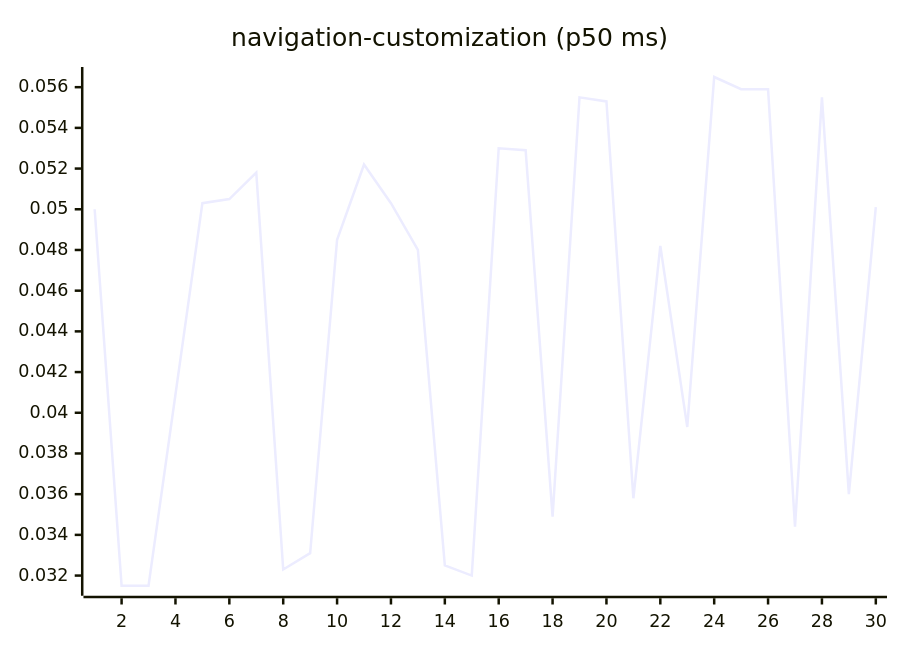
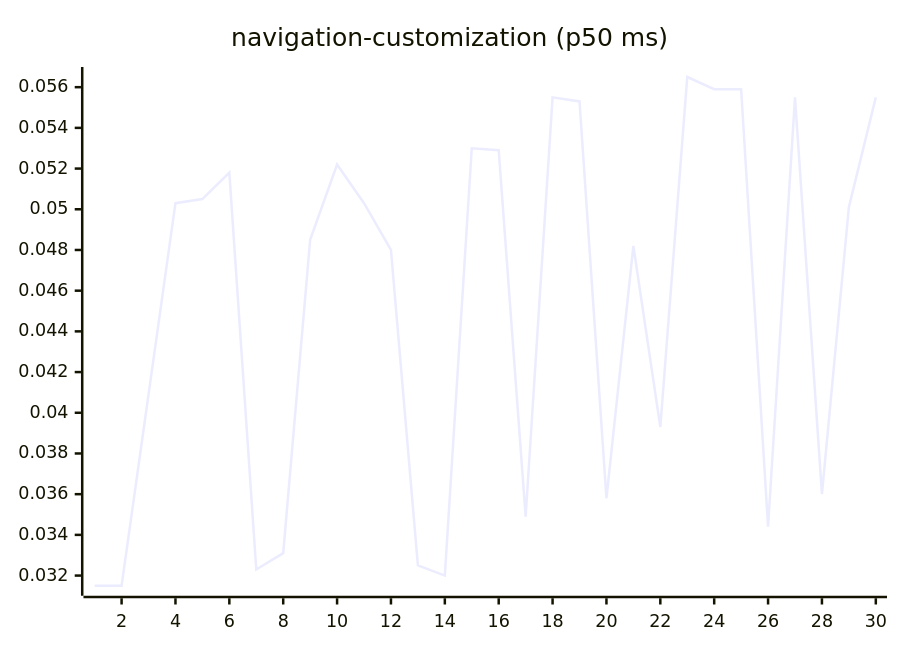
One commit to josha/Facet changed diagram 15 of 27 in README.md. Above: the diagram before and after it, drawn with Mermaid. The commit also changed other lines of this file and 2 other files, not shown here.

````diff
--- a/README.md
+++ b/README.md
@@ -161,6 +161,6 @@
 ```mermaid
 xychart-beta
     title "navigation-customization (p50 ms)"
     x-axis 1 --> 30
-    line [0.0500, 0.0315, 0.0315, 0.0409, 0.0503, 0.0505, 0.0518, 0.0323, 0.0331, 0.0485, 0.0522, 0.0503, 0.0480, 0.0325, 0.0320, 0.0530, 0.0529, 0.0349, 0.0555, 0.0553, 0.0358, 0.0482, 0.0393, 0.0565, 0.0559, 0.0559, 0.0344, 0.0555, 0.0360, 0.0501]
+    line [0.0315, 0.0315, 0.0409, 0.0503, 0.0505, 0.0518, 0.0323, 0.0331, 0.0485, 0.0522, 0.0503, 0.0480, 0.0325, 0.0320, 0.0530, 0.0529, 0.0349, 0.0555, 0.0553, 0.0358, 0.0482, 0.0393, 0.0565, 0.0559, 0.0559, 0.0344, 0.0555, 0.0360, 0.0501, 0.0555]
 ```
````
